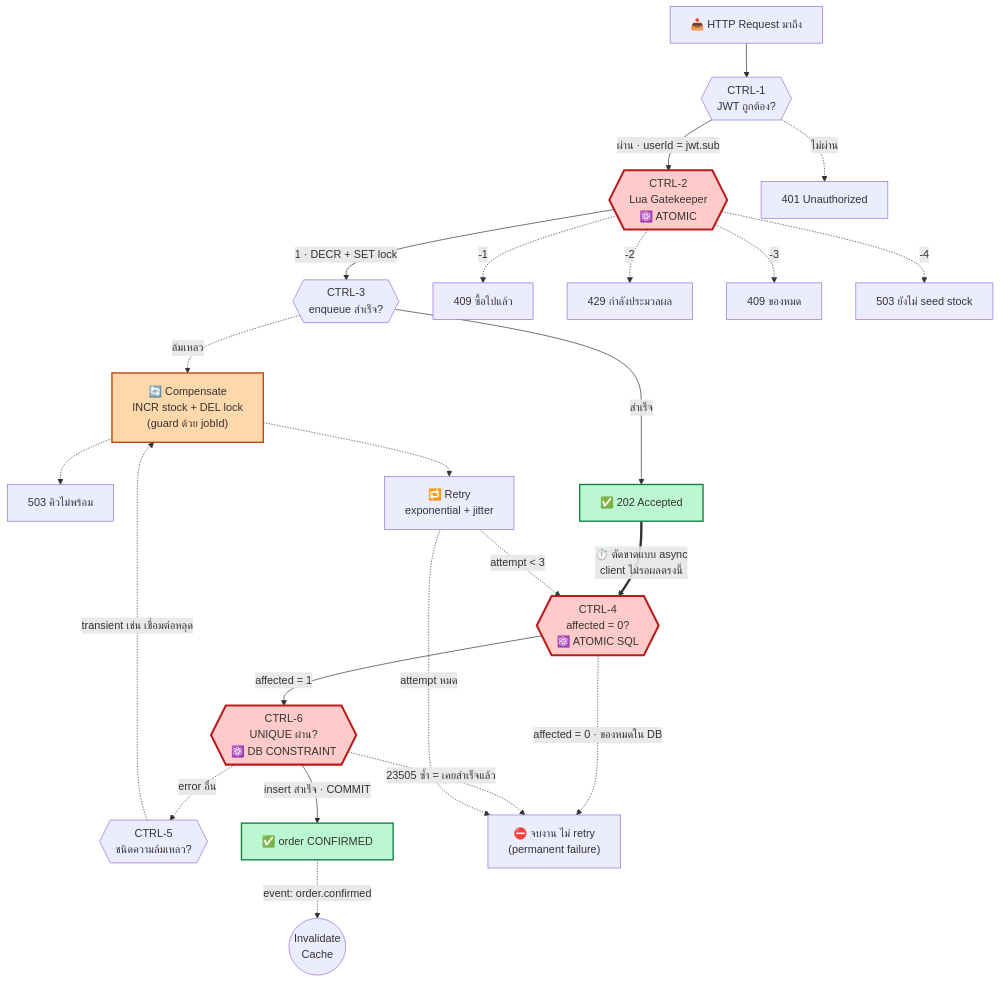
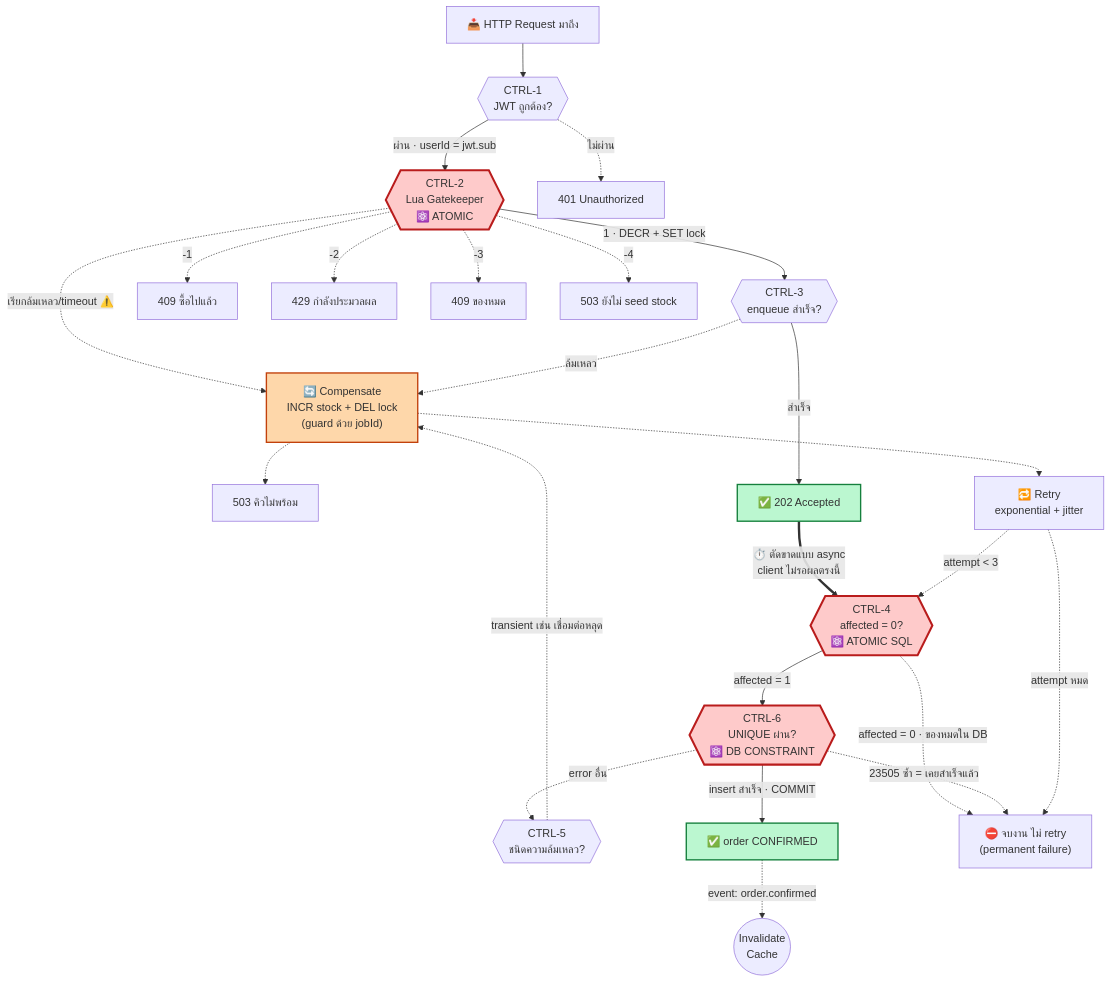
One commit to tophbeifong123/mini-project-backend-mobile changed the fourth of 6 diagrams in docs/Architecture/diagrams.md. Above: the diagram before and after it, drawn with Mermaid. The commit also changed other lines of this file and 1 other file, not shown here.

First line of the commit message:
docs(architecture): close the 23514 question and fix worker error mapping

````diff
--- a/docs/Architecture/diagrams.md
+++ b/docs/Architecture/diagrams.md
@@ -216,60 +218,61 @@
 ```mermaid
 flowchart TD
     REQ["📥 HTTP Request มาถึง"]
 
     C1{{"CTRL-1<br/>JWT ถูกต้อง?"}}
     C2{{"CTRL-2<br/>Lua Gatekeeper<br/>⚛️ ATOMIC"}}
     C3{{"CTRL-3<br/>enqueue สำเร็จ?"}}
     C4{{"CTRL-4<br/>affected = 0?<br/>⚛️ ATOMIC SQL"}}
     C5{{"CTRL-5<br/>ชนิดความล้มเหลว?"}}
     C6{{"CTRL-6<br/>UNIQUE ผ่าน?<br/>⚛️ DB CONSTRAINT"}}
 
     R401["401 Unauthorized"]
     R409A["409 ซื้อไปแล้ว"]
     R429["429 กำลังประมวลผล"]
     R409B["409 ของหมด"]
     R503A["503 ยังไม่ seed stock"]
     R503B["503 คิวไม่พร้อม"]
     R202["✅ 202 Accepted"]
 
     OK["✅ order CONFIRMED"]
     COMP["🔄 Compensate<br/>INCR stock + DEL lock<br/>(guard ด้วย jobId)"]
     RETRY["🔁 Retry<br/>exponential + jitter"]
     DROP["⛔ จบงาน ไม่ retry<br/>(permanent failure)"]
 
     REQ --> C1
     C1 -.->|"ไม่ผ่าน"| R401
     C1 -->|"ผ่าน · userId = jwt.sub"| C2
 
     C2 -.->|"-1"| R409A
     C2 -.->|"-2"| R429
     C2 -.->|"-3"| R409B
     C2 -.->|"-4"| R503A
+    C2 -.->|"เรียกล้มเหลว/timeout ⚠️"| COMP
     C2 -->|"1 · DECR + SET lock"| C3
 
     C3 -.->|"ล้มเหลว"| COMP
     COMP -.-> R503B
     C3 -->|"สำเร็จ"| R202
 
     R202 ==>|"⏱️ ตัดขาดแบบ async<br/>client ไม่รอผลตรงนี้"| C4
 
     C4 -->|"affected = 1"| C6
     C4 -.->|"affected = 0 · ของหมดใน DB"| DROP
     C6 -->|"insert สำเร็จ · COMMIT"| OK
     C6 -.->|"23505 ซ้ำ = เคยสำเร็จแล้ว"| DROP
     C6 -.->|"error อื่น"| C5
 
     C5 -.->|"transient เช่น เชื่อมต่อหลุด"| COMP
     COMP -.-> RETRY
     RETRY -.->|"attempt < 3"| C4
     RETRY -.->|"attempt หมด"| DROP
 
     OK -.->|"event: order.confirmed"| INV(("Invalidate<br/>Cache"))
 
     style C2 fill:#fecaca,stroke:#b91c1c,stroke-width:3px
     style C4 fill:#fecaca,stroke:#b91c1c,stroke-width:3px
     style C6 fill:#fecaca,stroke:#b91c1c,stroke-width:3px
     style R202 fill:#bbf7d0,stroke:#15803d,stroke-width:2px
     style OK fill:#bbf7d0,stroke:#15803d,stroke-width:2px
     style COMP fill:#fed7aa,stroke:#c2410c,stroke-width:2px
 ```
````
